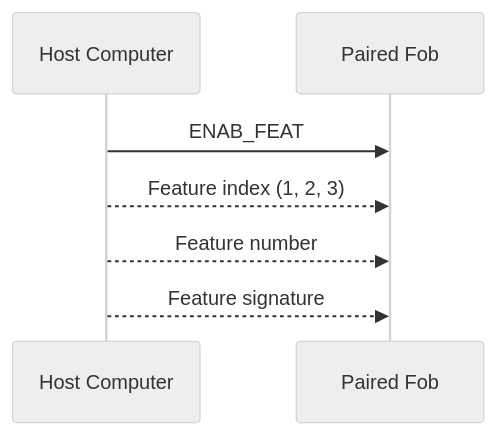
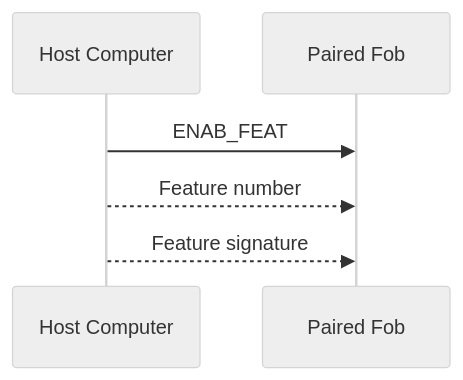
The second of 3 diagrams in docs/protocol.md (sigpwny/2023-ectf-uiuc), drawn with Mermaid (neutral theme) before and after one commit. The commit also changed other lines of this file and 10 other files, not shown here.

````diff
--- a/docs/protocol.md
+++ b/docs/protocol.md
@@ -117,9 +117,8 @@
 ```mermaid
 sequenceDiagram
   participant Host Computer
   participant Paired Fob
   Host Computer ->> Paired Fob: ENAB_FEAT
-  Host Computer -->> Paired Fob: Feature index (1, 2, 3)
   Host Computer -->> Paired Fob: Feature number
   Host Computer -->> Paired Fob: Feature signature
 ```
````
